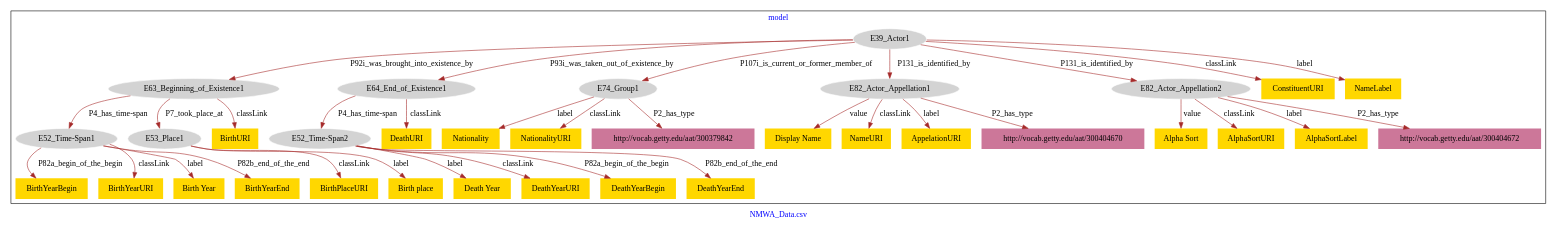
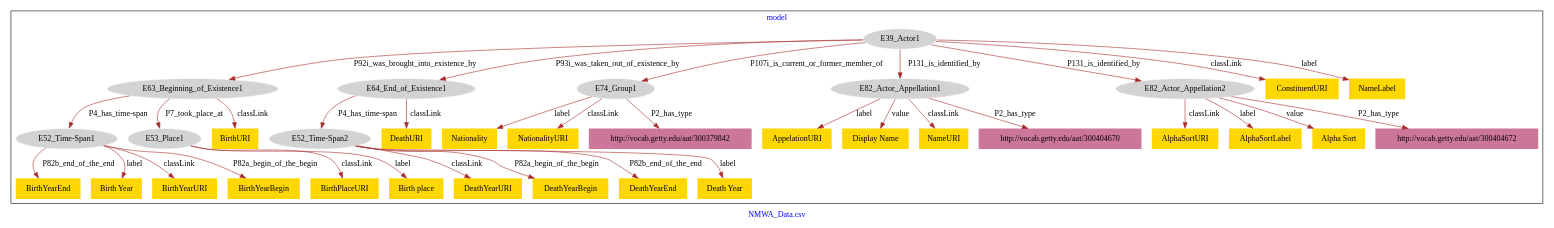
One commit to american-art/nmwa changed the diagram in Actor/NMWA_Actor-model.dot. Above: the diagram before and after it, drawn with Graphviz.

Commit message:
Update file NMWA_Actor-model.dot

```diff
--- a/Actor/NMWA_Actor-model.dot
+++ b/Actor/NMWA_Actor-model.dot
@@ -1,75 +1,75 @@
 digraph n0 {
 fontcolor="blue"
 remincross="true"
 label="NMWA_Data.csv"
 subgraph cluster {
 label="model"
 n2[style="filled",color="white",fillcolor="lightgray",label="E39_Actor1"];
 n3[style="filled",color="white",fillcolor="lightgray",label="E63_Beginning_of_Existence1"];
 n4[style="filled",color="white",fillcolor="lightgray",label="E64_End_of_Existence1"];
 n5[style="filled",color="white",fillcolor="lightgray",label="E74_Group1"];
 n6[style="filled",color="white",fillcolor="lightgray",label="E82_Actor_Appellation1"];
 n7[style="filled",color="white",fillcolor="lightgray",label="E82_Actor_Appellation2"];
 n8[style="filled",color="white",fillcolor="lightgray",label="E52_Time-Span1"];
 n9[style="filled",color="white",fillcolor="lightgray",label="E53_Place1"];
 n10[style="filled",color="white",fillcolor="lightgray",label="E52_Time-Span2"];
-n11[shape="plaintext",style="filled",fillcolor="gold",label="BirthPlaceURI"];
-n12[shape="plaintext",style="filled",fillcolor="gold",label="Birth place"];
-n13[shape="plaintext",style="filled",fillcolor="gold",label="BirthYearBegin"];
-n14[shape="plaintext",style="filled",fillcolor="gold",label="BirthYearURI"];
-n15[shape="plaintext",style="filled",fillcolor="gold",label="Alpha Sort"];
-n16[shape="plaintext",style="filled",fillcolor="gold",label="Display Name"];
-n17[shape="plaintext",style="filled",fillcolor="gold",label="AlphaSortURI"];
-n18[shape="plaintext",style="filled",fillcolor="gold",label="Death Year "];
-n19[shape="plaintext",style="filled",fillcolor="gold",label="Birth Year"];
-n20[shape="plaintext",style="filled",fillcolor="gold",label="DeathYearURI"];
-n21[shape="plaintext",style="filled",fillcolor="gold",label="Nationality "];
+n11[shape="plaintext",style="filled",fillcolor="gold",label="AppelationURI"];
+n12[shape="plaintext",style="filled",fillcolor="gold",label="AlphaSortURI"];
+n13[shape="plaintext",style="filled",fillcolor="gold",label="BirthYearEnd"];
+n14[shape="plaintext",style="filled",fillcolor="gold",label="ConstituentURI"];
+n15[shape="plaintext",style="filled",fillcolor="gold",label="AlphaSortLabel"];
+n16[shape="plaintext",style="filled",fillcolor="gold",label="NameLabel"];
+n17[shape="plaintext",style="filled",fillcolor="gold",label="DeathYearURI"];
+n18[shape="plaintext",style="filled",fillcolor="gold",label="BirthPlaceURI"];
+n19[shape="plaintext",style="filled",fillcolor="gold",label="Display Name"];
+n20[shape="plaintext",style="filled",fillcolor="gold",label="NameURI"];
+n21[shape="plaintext",style="filled",fillcolor="gold",label="Alpha Sort"];
 n22[shape="plaintext",style="filled",fillcolor="gold",label="DeathURI"];
-n23[shape="plaintext",style="filled",fillcolor="gold",label="NameURI"];
-n24[shape="plaintext",style="filled",fillcolor="gold",label="NationalityURI"];
+n23[shape="plaintext",style="filled",fillcolor="gold",label="Birth place"];
+n24[shape="plaintext",style="filled",fillcolor="gold",label="Nationality"];
 n25[shape="plaintext",style="filled",fillcolor="gold",label="DeathYearBegin"];
-n26[shape="plaintext",style="filled",fillcolor="gold",label="AppelationURI"];
+n26[shape="plaintext",style="filled",fillcolor="gold",label="Birth Year"];
 n27[shape="plaintext",style="filled",fillcolor="gold",label="DeathYearEnd"];
-n28[shape="plaintext",style="filled",fillcolor="gold",label="BirthURI"];
-n29[shape="plaintext",style="filled",fillcolor="gold",label="AlphaSortLabel"];
-n30[shape="plaintext",style="filled",fillcolor="gold",label="ConstituentURI"];
-n31[shape="plaintext",style="filled",fillcolor="gold",label="BirthYearEnd"];
-n32[shape="plaintext",style="filled",fillcolor="gold",label="NameLabel"];
+n28[shape="plaintext",style="filled",fillcolor="gold",label="Death Year"];
+n29[shape="plaintext",style="filled",fillcolor="gold",label="BirthYearURI"];
+n30[shape="plaintext",style="filled",fillcolor="gold",label="BirthYearBegin"];
+n31[shape="plaintext",style="filled",fillcolor="gold",label="BirthURI"];
+n32[shape="plaintext",style="filled",fillcolor="gold",label="NationalityURI"];
 n33[shape="plaintext",style="filled",fillcolor="#CC7799",label="http://vocab.getty.edu/aat/300404670"];
-n34[shape="plaintext",style="filled",fillcolor="#CC7799",label="http://vocab.getty.edu/aat/300404672"];
-n35[shape="plaintext",style="filled",fillcolor="#CC7799",label="http://vocab.getty.edu/aat/300379842"];
+n34[shape="plaintext",style="filled",fillcolor="#CC7799",label="http://vocab.getty.edu/aat/300379842"];
+n35[shape="plaintext",style="filled",fillcolor="#CC7799",label="http://vocab.getty.edu/aat/300404672"];
 }
 n2 -> n3[color="brown",fontcolor="black",label="P92i_was_brought_into_existence_by"]
 n2 -> n4[color="brown",fontcolor="black",label="P93i_was_taken_out_of_existence_by"]
 n2 -> n5[color="brown",fontcolor="black",label="P107i_is_current_or_former_member_of"]
 n2 -> n6[color="brown",fontcolor="black",label="P131_is_identified_by"]
 n2 -> n7[color="brown",fontcolor="black",label="P131_is_identified_by"]
 n3 -> n8[color="brown",fontcolor="black",label="P4_has_time-span"]
 n3 -> n9[color="brown",fontcolor="black",label="P7_took_place_at"]
 n4 -> n10[color="brown",fontcolor="black",label="P4_has_time-span"]
-n9 -> n11[color="brown",fontcolor="black",label="classLink"]
-n9 -> n12[color="brown",fontcolor="black",label="label"]
-n8 -> n13[color="brown",fontcolor="black",label="P82a_begin_of_the_begin"]
-n8 -> n14[color="brown",fontcolor="black",label="classLink"]
-n7 -> n15[color="brown",fontcolor="black",label="value"]
-n6 -> n16[color="brown",fontcolor="black",label="value"]
-n7 -> n17[color="brown",fontcolor="black",label="classLink"]
-n10 -> n18[color="brown",fontcolor="black",label="label"]
-n8 -> n19[color="brown",fontcolor="black",label="label"]
-n10 -> n20[color="brown",fontcolor="black",label="classLink"]
-n5 -> n21[color="brown",fontcolor="black",label="label"]
+n6 -> n11[color="brown",fontcolor="black",label="label"]
+n7 -> n12[color="brown",fontcolor="black",label="classLink"]
+n8 -> n13[color="brown",fontcolor="black",label="P82b_end_of_the_end"]
+n2 -> n14[color="brown",fontcolor="black",label="classLink"]
+n7 -> n15[color="brown",fontcolor="black",label="label"]
+n2 -> n16[color="brown",fontcolor="black",label="label"]
+n10 -> n17[color="brown",fontcolor="black",label="classLink"]
+n9 -> n18[color="brown",fontcolor="black",label="classLink"]
+n6 -> n19[color="brown",fontcolor="black",label="value"]
+n6 -> n20[color="brown",fontcolor="black",label="classLink"]
+n7 -> n21[color="brown",fontcolor="black",label="value"]
 n4 -> n22[color="brown",fontcolor="black",label="classLink"]
-n6 -> n23[color="brown",fontcolor="black",label="classLink"]
-n5 -> n24[color="brown",fontcolor="black",label="classLink"]
+n9 -> n23[color="brown",fontcolor="black",label="label"]
+n5 -> n24[color="brown",fontcolor="black",label="label"]
 n10 -> n25[color="brown",fontcolor="black",label="P82a_begin_of_the_begin"]
-n6 -> n26[color="brown",fontcolor="black",label="label"]
+n8 -> n26[color="brown",fontcolor="black",label="label"]
 n10 -> n27[color="brown",fontcolor="black",label="P82b_end_of_the_end"]
-n3 -> n28[color="brown",fontcolor="black",label="classLink"]
-n7 -> n29[color="brown",fontcolor="black",label="label"]
-n2 -> n30[color="brown",fontcolor="black",label="classLink"]
-n8 -> n31[color="brown",fontcolor="black",label="P82b_end_of_the_end"]
-n2 -> n32[color="brown",fontcolor="black",label="label"]
+n10 -> n28[color="brown",fontcolor="black",label="label"]
+n8 -> n29[color="brown",fontcolor="black",label="classLink"]
+n8 -> n30[color="brown",fontcolor="black",label="P82a_begin_of_the_begin"]
+n3 -> n31[color="brown",fontcolor="black",label="classLink"]
+n5 -> n32[color="brown",fontcolor="black",label="classLink"]
 n6 -> n33[color="brown",fontcolor="black",label="P2_has_type"]
-n7 -> n34[color="brown",fontcolor="black",label="P2_has_type"]
-n5 -> n35[color="brown",fontcolor="black",label="P2_has_type"]
+n5 -> n34[color="brown",fontcolor="black",label="P2_has_type"]
+n7 -> n35[color="brown",fontcolor="black",label="P2_has_type"]
 }
```
